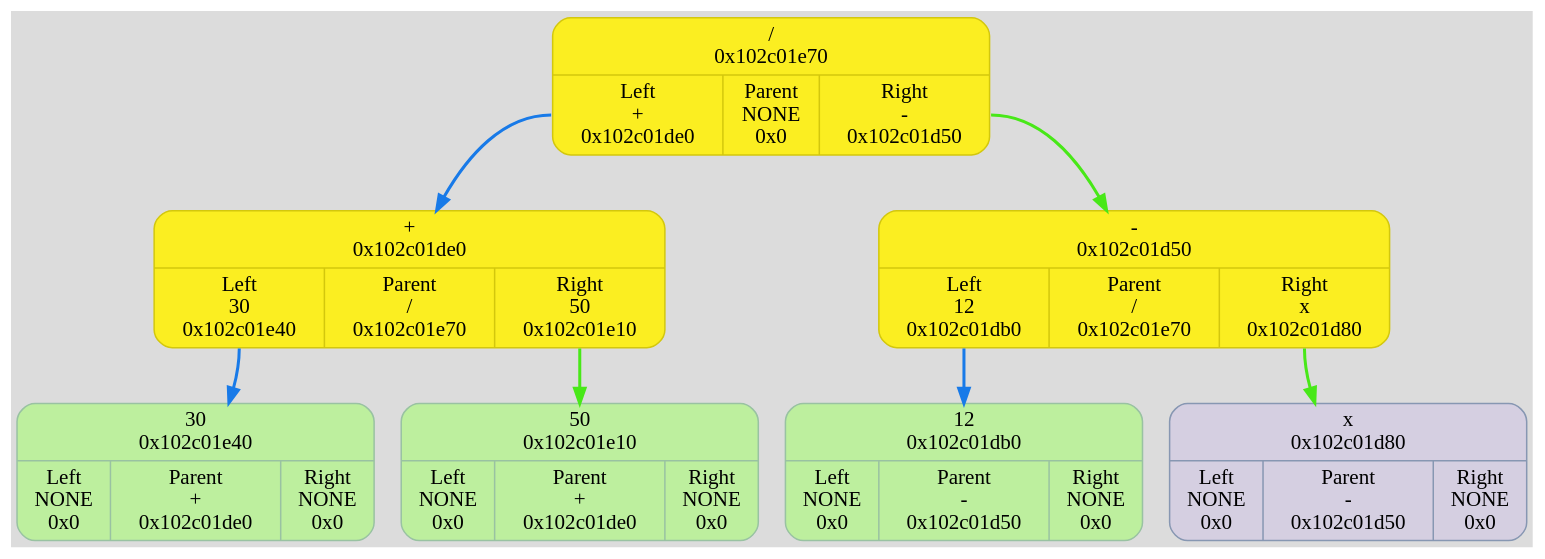
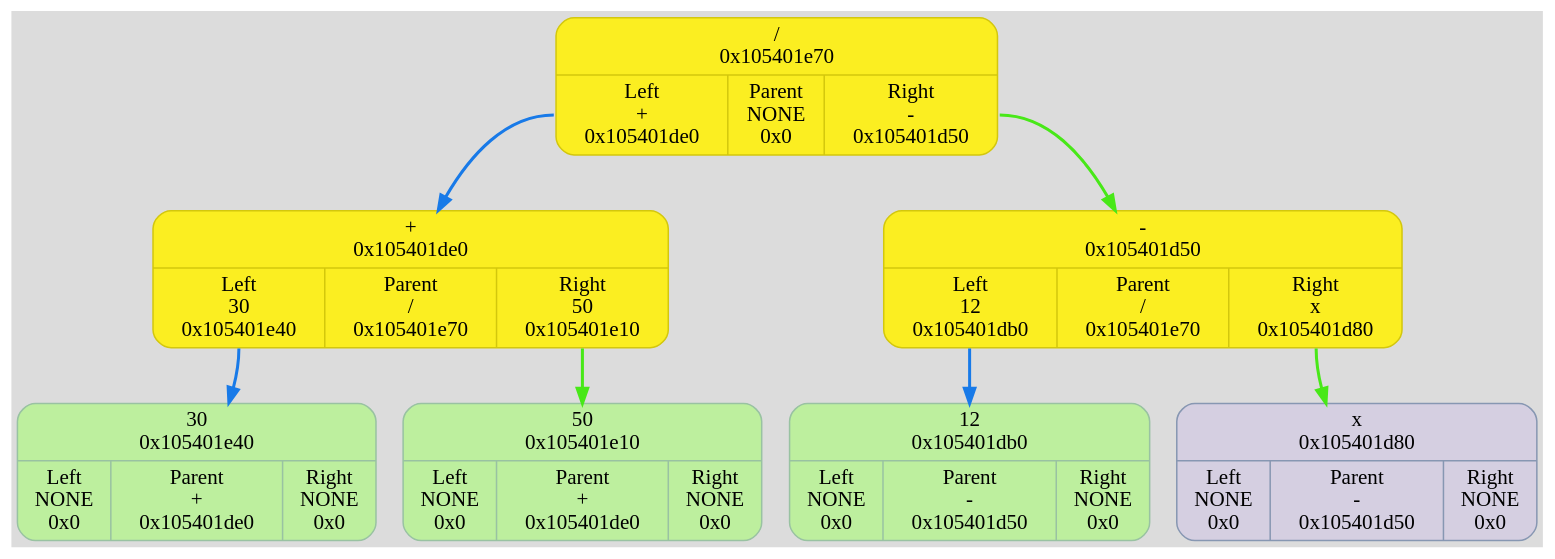
One commit to TolikRogov/Differentiator changed the diagram in dump/graph.dot. Above: the diagram before and after it, drawn with Graphviz. The commit also changed 17 other files, not shown here.

```diff
--- a/dump/graph.dot
+++ b/dump/graph.dot
@@ -1,18 +1,18 @@
 digraph {
 	fontname = "UbuntuMono";
 	bgcolor = "#DCDCDC";
 
-	node0x102c01e70 [ shape = Mrecord; style = filled; fillcolor = "#FBEE21"; color = "#D3C70D"; fontcolor = "#000000"; label = " { /\n0x102c01e70 | { <left> Left\n+\n0x102c01de0 | Parent\nNONE\n0x0 | <right> Right\n-\n0x102c01d50 } } "; ];
-	node0x102c01e70:<left> -> node0x102c01de0 [ style = "bold"; color = "#187AE8"; label = ""; ];
-	node0x102c01de0 [ shape = Mrecord; style = filled; fillcolor = "#FBEE21"; color = "#D3C70D"; fontcolor = "#000000"; label = " { +\n0x102c01de0 | { <left> Left\n30\n0x102c01e40 | Parent\n/\n0x102c01e70 | <right> Right\n50\n0x102c01e10 } } "; ];
-	node0x102c01de0:<left> -> node0x102c01e40 [ style = "bold"; color = "#187AE8"; label = ""; ];
-	node0x102c01e40 [ shape = Mrecord; style = filled; fillcolor = "#BDEF9E"; color = "#99c2a2"; fontcolor = "#000000"; label = " { 30\n0x102c01e40 | { <left> Left\nNONE\n0x0 | Parent\n+\n0x102c01de0 | <right> Right\nNONE\n0x0 } } "; ];
-	node0x102c01e10 [ shape = Mrecord; style = filled; fillcolor = "#BDEF9E"; color = "#99c2a2"; fontcolor = "#000000"; label = " { 50\n0x102c01e10 | { <left> Left\nNONE\n0x0 | Parent\n+\n0x102c01de0 | <right> Right\nNONE\n0x0 } } "; ];
-	node0x102c01de0:<right> -> node0x102c01e10 [ style = "bold"; color = "#48E818"; label = ""; ];
-	node0x102c01d50 [ shape = Mrecord; style = filled; fillcolor = "#FBEE21"; color = "#D3C70D"; fontcolor = "#000000"; label = " { -\n0x102c01d50 | { <left> Left\n12\n0x102c01db0 | Parent\n/\n0x102c01e70 | <right> Right\nx\n0x102c01d80 } } "; ];
-	node0x102c01d50:<left> -> node0x102c01db0 [ style = "bold"; color = "#187AE8"; label = ""; ];
-	node0x102c01db0 [ shape = Mrecord; style = filled; fillcolor = "#BDEF9E"; color = "#99c2a2"; fontcolor = "#000000"; label = " { 12\n0x102c01db0 | { <left> Left\nNONE\n0x0 | Parent\n-\n0x102c01d50 | <right> Right\nNONE\n0x0 } } "; ];
-	node0x102c01d80 [ shape = Mrecord; style = filled; fillcolor = "#D5CFE1"; color = "#8797b2"; fontcolor = "#000000"; label = " { x\n0x102c01d80 | { <left> Left\nNONE\n0x0 | Parent\n-\n0x102c01d50 | <right> Right\nNONE\n0x0 } } "; ];
-	node0x102c01d50:<right> -> node0x102c01d80 [ style = "bold"; color = "#48E818"; label = ""; ];
-	node0x102c01e70:<right> -> node0x102c01d50 [ style = "bold"; color = "#48E818"; label = ""; ];
+	node0x105401e70 [ shape = Mrecord; style = filled; fillcolor = "#FBEE21"; color = "#D3C70D"; fontcolor = "#000000"; label = " { /\n0x105401e70 | { <left> Left\n+\n0x105401de0 | Parent\nNONE\n0x0 | <right> Right\n-\n0x105401d50 } } "; ];
+	node0x105401e70:<left> -> node0x105401de0 [ style = "bold"; color = "#187AE8"; label = ""; ];
+	node0x105401de0 [ shape = Mrecord; style = filled; fillcolor = "#FBEE21"; color = "#D3C70D"; fontcolor = "#000000"; label = " { +\n0x105401de0 | { <left> Left\n30\n0x105401e40 | Parent\n/\n0x105401e70 | <right> Right\n50\n0x105401e10 } } "; ];
+	node0x105401de0:<left> -> node0x105401e40 [ style = "bold"; color = "#187AE8"; label = ""; ];
+	node0x105401e40 [ shape = Mrecord; style = filled; fillcolor = "#BDEF9E"; color = "#99c2a2"; fontcolor = "#000000"; label = " { 30\n0x105401e40 | { <left> Left\nNONE\n0x0 | Parent\n+\n0x105401de0 | <right> Right\nNONE\n0x0 } } "; ];
+	node0x105401e10 [ shape = Mrecord; style = filled; fillcolor = "#BDEF9E"; color = "#99c2a2"; fontcolor = "#000000"; label = " { 50\n0x105401e10 | { <left> Left\nNONE\n0x0 | Parent\n+\n0x105401de0 | <right> Right\nNONE\n0x0 } } "; ];
+	node0x105401de0:<right> -> node0x105401e10 [ style = "bold"; color = "#48E818"; label = ""; ];
+	node0x105401d50 [ shape = Mrecord; style = filled; fillcolor = "#FBEE21"; color = "#D3C70D"; fontcolor = "#000000"; label = " { -\n0x105401d50 | { <left> Left\n12\n0x105401db0 | Parent\n/\n0x105401e70 | <right> Right\nx\n0x105401d80 } } "; ];
+	node0x105401d50:<left> -> node0x105401db0 [ style = "bold"; color = "#187AE8"; label = ""; ];
+	node0x105401db0 [ shape = Mrecord; style = filled; fillcolor = "#BDEF9E"; color = "#99c2a2"; fontcolor = "#000000"; label = " { 12\n0x105401db0 | { <left> Left\nNONE\n0x0 | Parent\n-\n0x105401d50 | <right> Right\nNONE\n0x0 } } "; ];
+	node0x105401d80 [ shape = Mrecord; style = filled; fillcolor = "#D5CFE1"; color = "#8797b2"; fontcolor = "#000000"; label = " { x\n0x105401d80 | { <left> Left\nNONE\n0x0 | Parent\n-\n0x105401d50 | <right> Right\nNONE\n0x0 } } "; ];
+	node0x105401d50:<right> -> node0x105401d80 [ style = "bold"; color = "#48E818"; label = ""; ];
+	node0x105401e70:<right> -> node0x105401d50 [ style = "bold"; color = "#48E818"; label = ""; ];
 }
```
